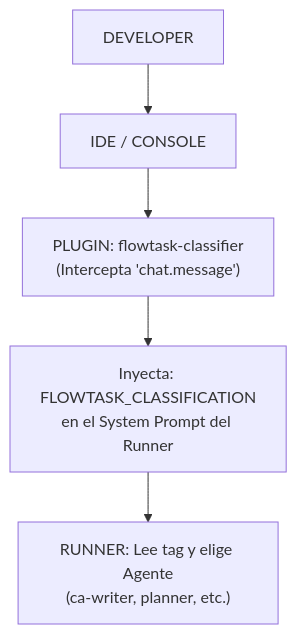
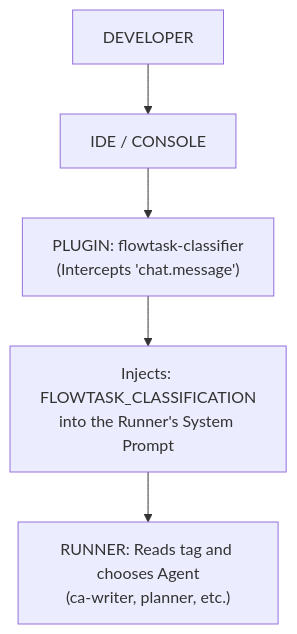
The diagram in docs/architecture/plugin-link.md (Saez520/flowtask), drawn with Mermaid before and after one commit. The commit also changed other lines of this file and 57 other files, not shown here.

````diff
--- a/docs/architecture/plugin-link.md
+++ b/docs/architecture/plugin-link.md
@@ -7,7 +7,7 @@
 ```mermaid
 flowchart TD
     DEV["DEVELOPER"] --> IDE["IDE / CONSOLE"]
-    IDE --> PLUGIN["PLUGIN: flowtask-classifier<br/>(Intercepta 'chat.message')"]
-    PLUGIN --> INJECT["Inyecta: FLOWTASK_CLASSIFICATION<br/>en el System Prompt del Runner"]
-    INJECT --> RUNNER["RUNNER: Lee tag y elige Agente<br/>(ca-writer, planner, etc.)"]
+    IDE --> PLUGIN["PLUGIN: flowtask-classifier<br/>(Intercepts 'chat.message')"]
+    PLUGIN --> INJECT["Injects: FLOWTASK_CLASSIFICATION<br/>into the Runner's System Prompt"]
+    INJECT --> RUNNER["RUNNER: Reads tag and chooses Agent<br/>(ca-writer, planner, etc.)"]
 ```
````
